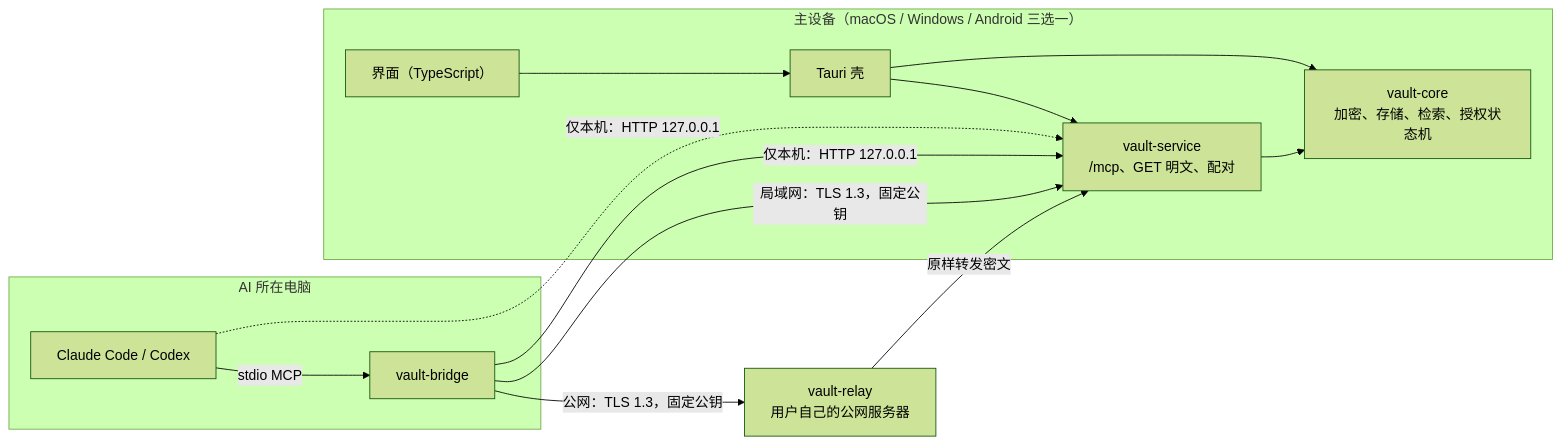
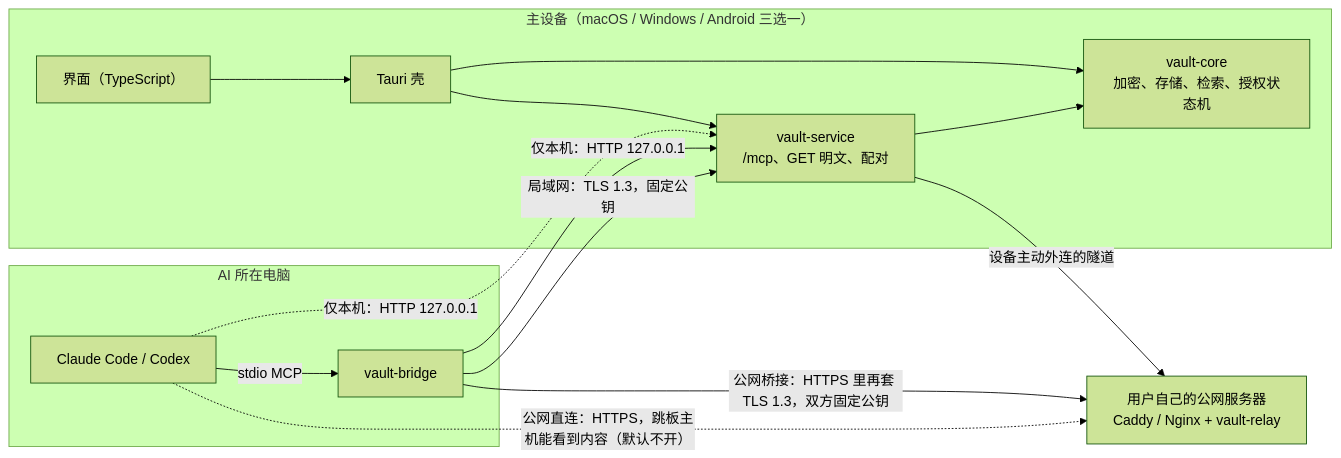
One commit to xiezhihuan/suishen-vault changed the first of 3 diagrams in docs/设计.md. Above: the diagram before and after it, drawn with Mermaid (forest theme). The commit also changed other lines of this file and 69 other files, not shown here.

````diff
--- a/docs/设计.md
+++ b/docs/设计.md
@@ -7,19 +7,20 @@
 ```mermaid
 flowchart LR
   subgraph dev["主设备（macOS / Windows / Android 三选一）"]
     ui["界面（TypeScript）"] --> shell["Tauri 壳"]
     shell --> core["vault-core<br/>加密、存储、检索、授权状态机"]
     shell --> svc["vault-service<br/>/mcp、GET 明文、配对"]
     svc --> core
   end
   subgraph aihost["AI 所在电脑"]
     ai["Claude Code / Codex"] -- "stdio MCP" --> bridge["vault-bridge"]
   end
-  relay["vault-relay<br/>用户自己的公网服务器"]
+  relay["用户自己的公网服务器<br/>Caddy / Nginx + vault-relay"]
 
   ai -. "仅本机：HTTP 127.0.0.1" .-> svc
   bridge -- "仅本机：HTTP 127.0.0.1" --> svc
   bridge -- "局域网：TLS 1.3，固定公钥" --> svc
-  bridge -- "公网：TLS 1.3，固定公钥" --> relay
-  relay -- "原样转发密文" --> svc
+  bridge -- "公网桥接：HTTPS 里再套 TLS 1.3，双方固定公钥" --> relay
+  ai -. "公网直连：HTTPS，跳板主机能看到内容（默认不开）" .-> relay
+  svc -- "设备主动外连的隧道" --> relay
 ```
````
